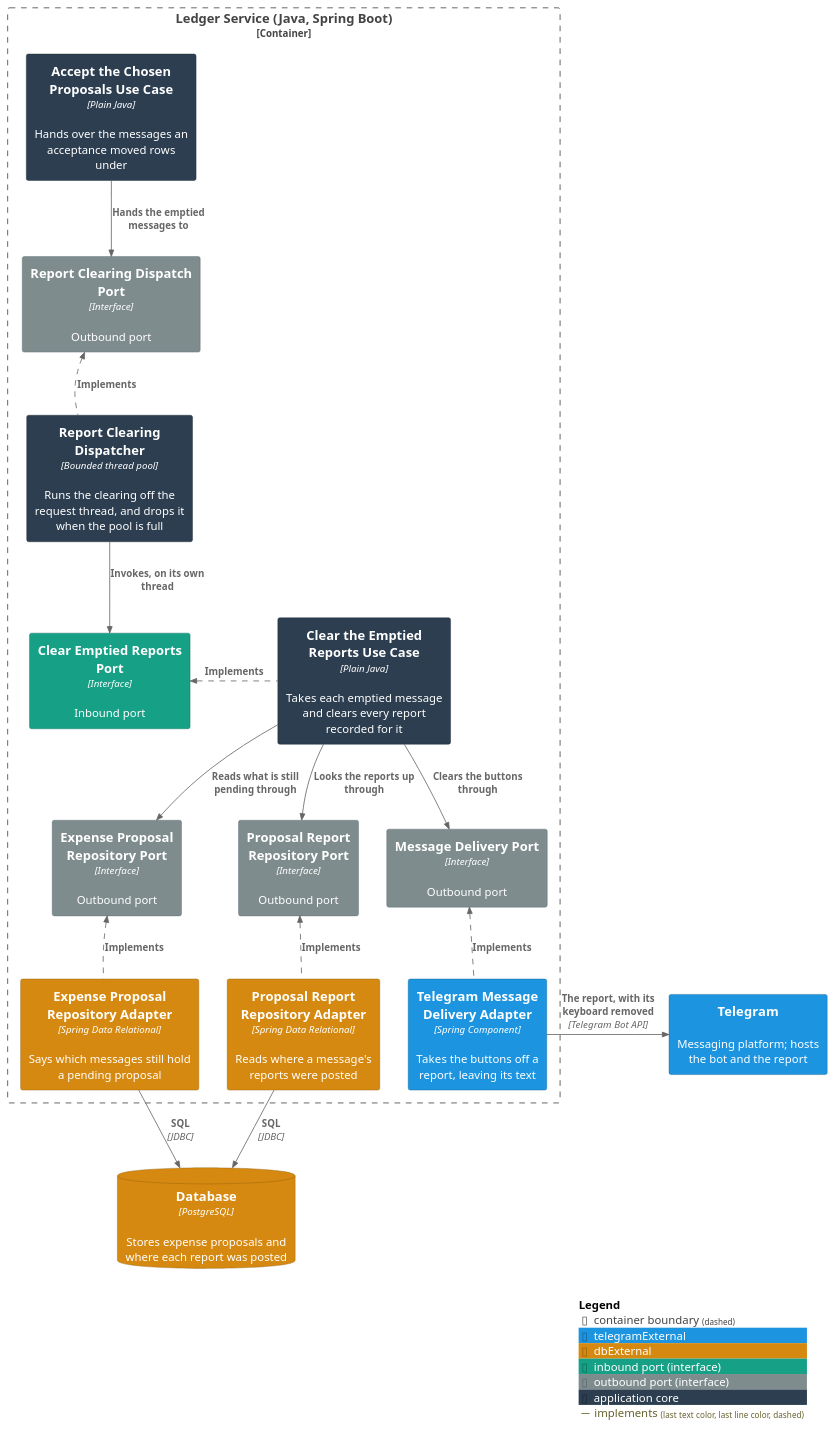
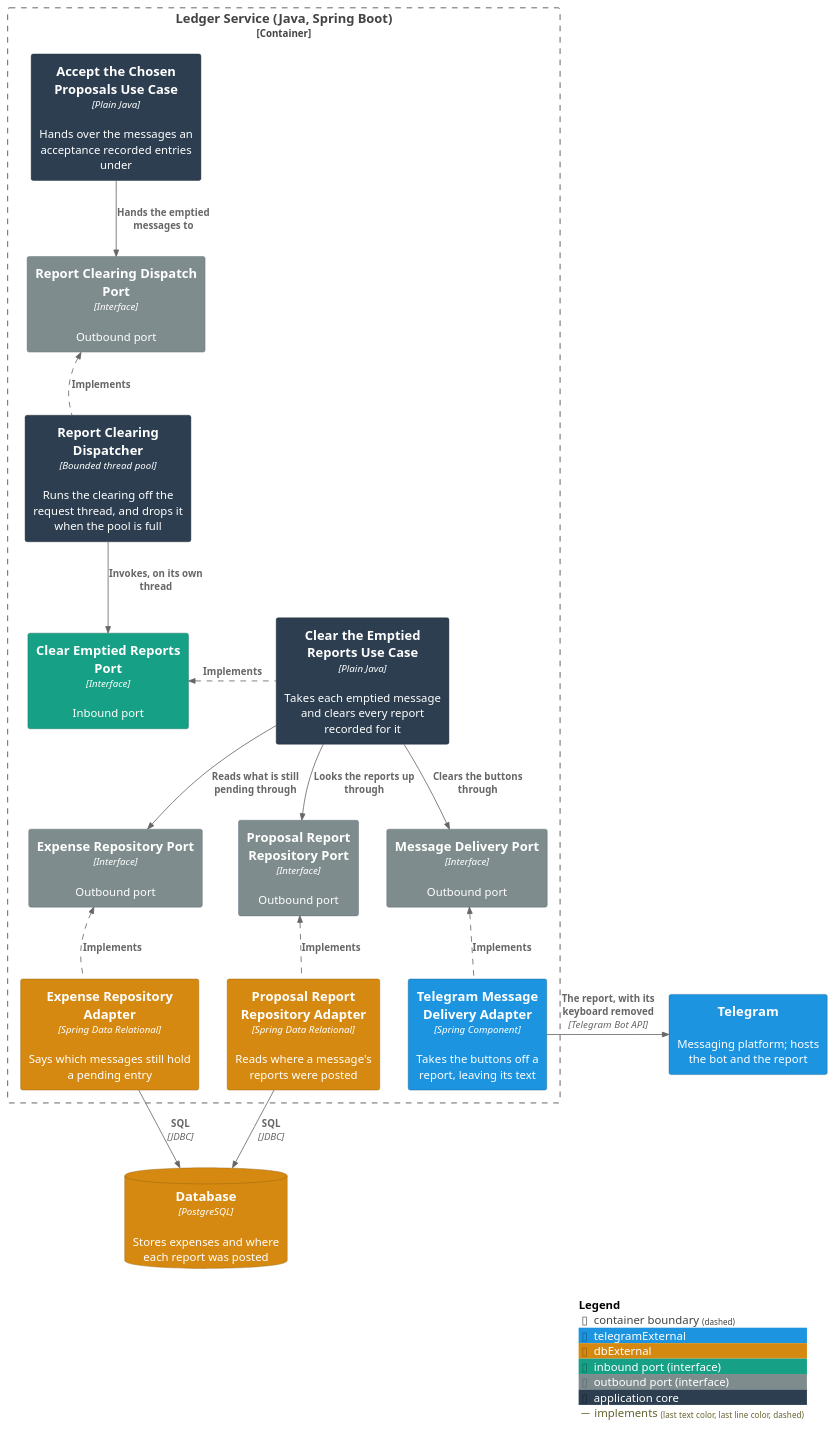
One commit to ds-usova/finance-bot changed the first of 2 diagrams in ledger-service/docs/usecases/clear-emptied-reports.md. Above: the diagram before and after it, drawn with PlantUML. The commit also changed other lines of this file and 27 other files, not shown here.

````diff
--- a/ledger-service/docs/usecases/clear-emptied-reports.md
+++ b/ledger-service/docs/usecases/clear-emptied-reports.md
@@ -50,49 +45,49 @@
 ```plantuml
 @startuml C3-Component-ClearEmptiedReports
 !include <C4/C4_Component>
 
 AddElementTag("telegramExternal", $bgColor="#1c94e0", $fontColor="#ffffff", $borderColor="#125d8c")
 AddElementTag("dbExternal", $bgColor="#d68910", $fontColor="#ffffff", $borderColor="#8f5c0a")
 AddElementTag("portIn", $bgColor="#16a085", $fontColor="#ffffff", $borderColor="#0e6655", $legendText="inbound port (interface)")
 AddElementTag("portOut", $bgColor="#7f8c8d", $fontColor="#ffffff", $borderColor="#566573", $legendText="outbound port (interface)")
 AddElementTag("core", $bgColor="#2c3e50", $fontColor="#ffffff", $borderColor="#1b2631", $legendText="application core")
 AddRelTag("implements", $lineStyle="dashed")
 
 System_Ext(telegram, "Telegram", "Messaging platform; hosts the bot and the report", $tags="telegramExternal")
-ContainerDb(db, "Database", "PostgreSQL", "Stores expense proposals and where each report was posted", $tags="dbExternal")
+ContainerDb(db, "Database", "PostgreSQL", "Stores expenses and where each report was posted", $tags="dbExternal")
 
 Container_Boundary(ledger, "Ledger Service (Java, Spring Boot)") {
-  Component(acceptService, "Accept the Chosen Proposals Use Case", "Plain Java", "Hands over the messages an acceptance moved rows under", $tags="core")
+  Component(acceptService, "Accept the Chosen Proposals Use Case", "Plain Java", "Hands over the messages an acceptance recorded entries under", $tags="core")
   Component(dispatchPort, "Report Clearing Dispatch Port", "Interface", "Outbound port", $tags="portOut")
   Component(dispatcher, "Report Clearing Dispatcher", "Bounded thread pool", "Runs the clearing off the request thread, and drops it when the pool is full", $tags="core")
   Component(clearPort, "Clear Emptied Reports Port", "Interface", "Inbound port", $tags="portIn")
   Component(clearService, "Clear the Emptied Reports Use Case", "Plain Java", "Takes each emptied message and clears every report recorded for it", $tags="core")
-  Component(proposalRepositoryPort, "Expense Proposal Repository Port", "Interface", "Outbound port", $tags="portOut")
+  Component(expenseRepositoryPort, "Expense Repository Port", "Interface", "Outbound port", $tags="portOut")
   Component(reportRepositoryPort, "Proposal Report Repository Port", "Interface", "Outbound port", $tags="portOut")
   Component(messageDeliveryPort, "Message Delivery Port", "Interface", "Outbound port", $tags="portOut")
-  Component(proposalRepositoryAdapter, "Expense Proposal Repository Adapter", "Spring Data Relational", "Says which messages still hold a pending proposal", $tags="dbExternal")
+  Component(expenseRepositoryAdapter, "Expense Repository Adapter", "Spring Data Relational", "Says which messages still hold a pending entry", $tags="dbExternal")
   Component(reportRepositoryAdapter, "Proposal Report Repository Adapter", "Spring Data Relational", "Reads where a message's reports were posted", $tags="dbExternal")
   Component(deliveryAdapter, "Telegram Message Delivery Adapter", "Spring Component", "Takes the buttons off a report, leaving its text", $tags="telegramExternal")
 }
 
 Rel_D(acceptService, dispatchPort, "Hands the emptied messages to")
 Rel_U(dispatcher, dispatchPort, "Implements", $tags="implements")
 Rel_D(dispatcher, clearPort, "Invokes, on its own thread")
 Rel_L(clearService, clearPort, "Implements", $tags="implements")
-Rel_D(clearService, proposalRepositoryPort, "Reads what is still pending through")
+Rel_D(clearService, expenseRepositoryPort, "Reads what is still pending through")
 Rel_D(clearService, reportRepositoryPort, "Looks the reports up through")
 Rel_D(clearService, messageDeliveryPort, "Clears the buttons through")
-Rel_U(proposalRepositoryAdapter, proposalRepositoryPort, "Implements", $tags="implements")
+Rel_U(expenseRepositoryAdapter, expenseRepositoryPort, "Implements", $tags="implements")
 Rel_U(reportRepositoryAdapter, reportRepositoryPort, "Implements", $tags="implements")
 Rel_U(deliveryAdapter, messageDeliveryPort, "Implements", $tags="implements")
-Rel_D(proposalRepositoryAdapter, db, "SQL", "JDBC")
+Rel_D(expenseRepositoryAdapter, db, "SQL", "JDBC")
 Rel_D(reportRepositoryAdapter, db, "SQL", "JDBC")
 Rel_R(deliveryAdapter, telegram, "The report, with its keyboard removed", "Telegram Bot API")
 
 Lay_D(dispatchPort, dispatcher)
-Lay_D(clearPort, proposalRepositoryPort)
-Lay_D(proposalRepositoryPort, proposalRepositoryAdapter)
+Lay_D(clearPort, expenseRepositoryPort)
+Lay_D(expenseRepositoryPort, expenseRepositoryAdapter)
 
 SHOW_LEGEND()
 @enduml
 ```
````
